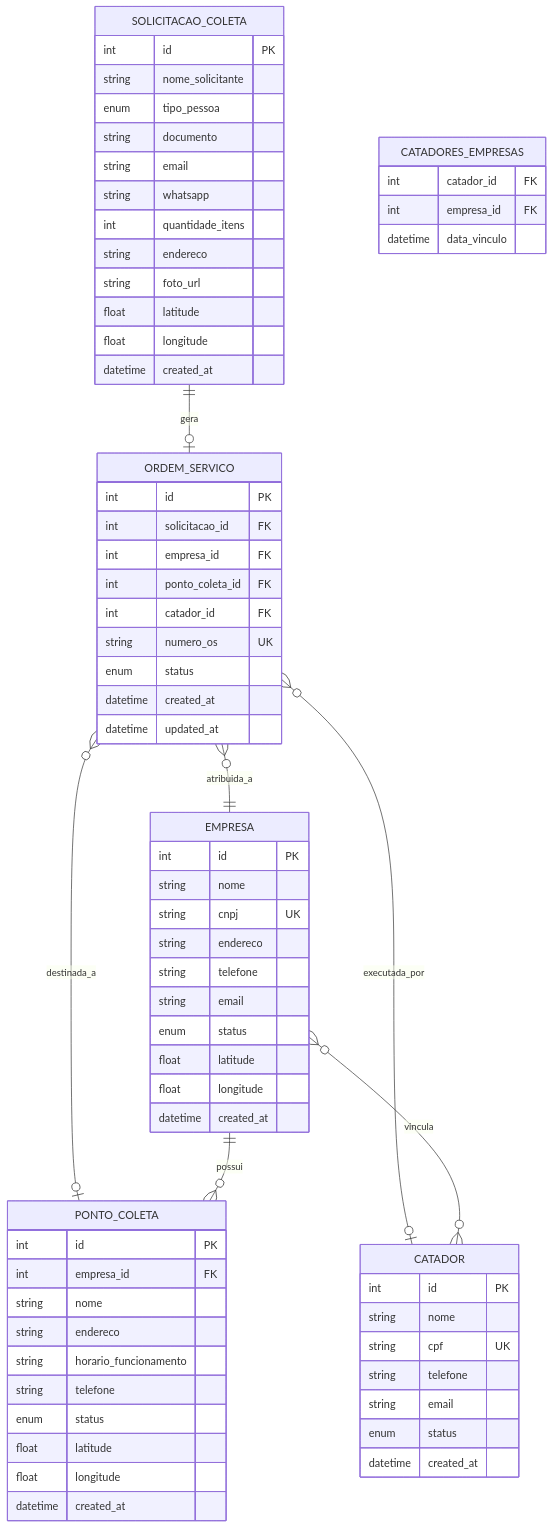
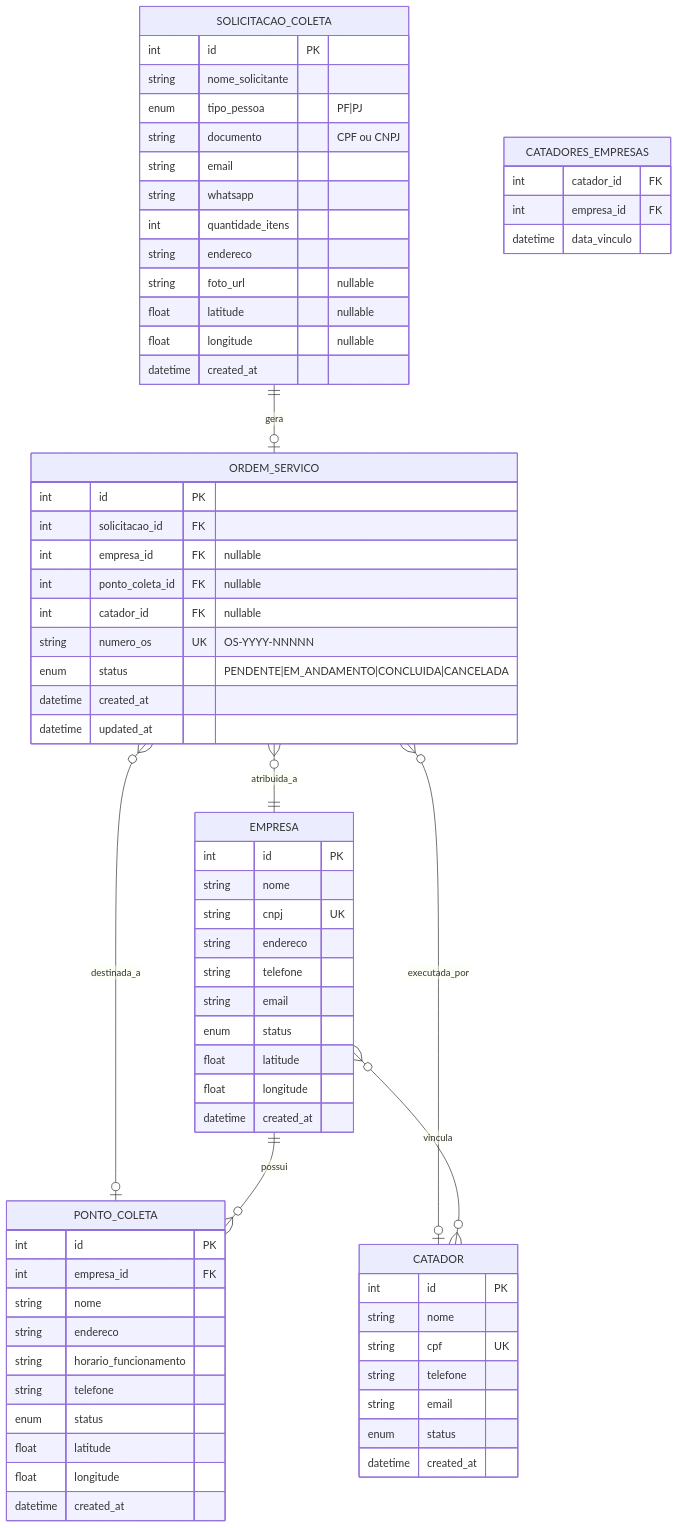
One commit to devsdeimpacto/backend changed the second of 4 diagrams in README.md. Above: the diagram before and after it, drawn with Mermaid. The commit also changed other lines of this file and 4 other files, not shown here.

````diff
--- a/README.md
+++ b/README.md
@@ -68,78 +68,78 @@
 ```mermaid
 erDiagram
     SOLICITACAO_COLETA ||--o| ORDEM_SERVICO : "gera"
     ORDEM_SERVICO }o--|| EMPRESA : "atribuida_a"
     ORDEM_SERVICO }o--o| PONTO_COLETA : "destinada_a"
     ORDEM_SERVICO }o--o| CATADOR : "executada_por"
     EMPRESA ||--o{ PONTO_COLETA : "possui"
     EMPRESA }o--o{ CATADOR : "vincula"
     
     SOLICITACAO_COLETA {
         int id PK
         string nome_solicitante
-        enum tipo_pessoa
-        string documento
+        enum tipo_pessoa "PF|PJ"
+        string documento "CPF ou CNPJ"
         string email
         string whatsapp
         int quantidade_itens
         string endereco
-        string foto_url
-        float latitude
-        float longitude
+        string foto_url "nullable"
+        float latitude "nullable"
+        float longitude "nullable"
         datetime created_at
     }
     
     ORDEM_SERVICO {
         int id PK
         int solicitacao_id FK
-        int empresa_id FK
-        int ponto_coleta_id FK
-        int catador_id FK
-        string numero_os UK
-        enum status
+        int empresa_id FK "nullable"
+        int ponto_coleta_id FK "nullable"
+        int catador_id FK "nullable"
+        string numero_os UK "OS-YYYY-NNNNN"
+        enum status "PENDENTE|EM_ANDAMENTO|CONCLUIDA|CANCELADA"
         datetime created_at
         datetime updated_at
     }
     
     EMPRESA {
         int id PK
         string nome
         string cnpj UK
         string endereco
         string telefone
         string email
         enum status
         float latitude
         float longitude
         datetime created_at
     }
     
     PONTO_COLETA {
         int id PK
         int empresa_id FK
         string nome
         string endereco
         string horario_funcionamento
         string telefone
         enum status
         float latitude
         float longitude
         datetime created_at
     }
     
     CATADOR {
         int id PK
         string nome
         string cpf UK
         string telefone
         string email
         enum status
         datetime created_at
     }
     
     CATADORES_EMPRESAS {
         int catador_id FK
         int empresa_id FK
         datetime data_vinculo
     }
 ```
````
